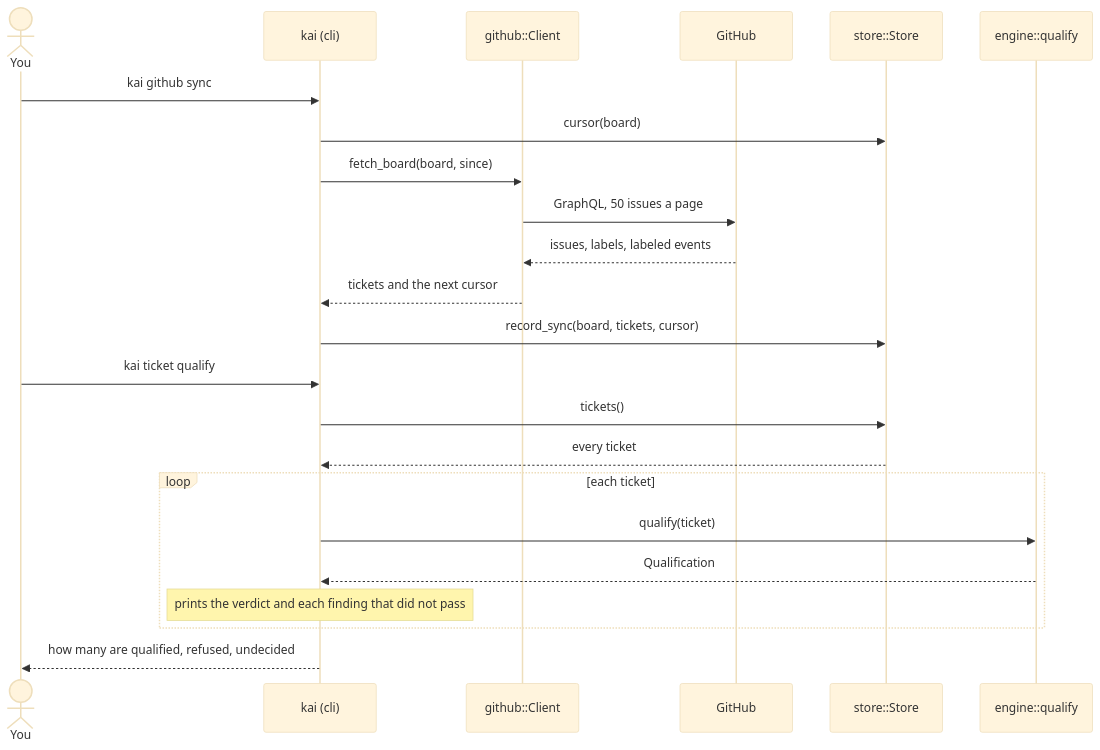
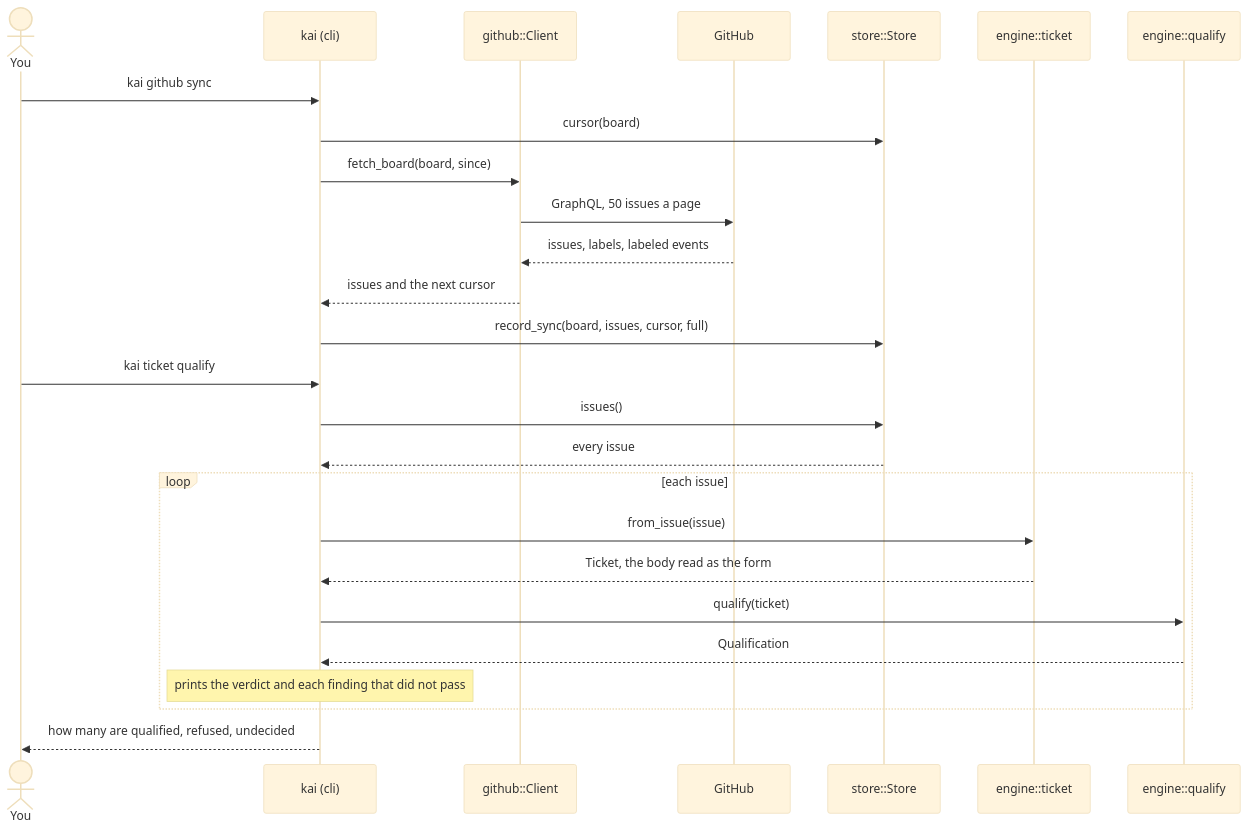
The fourth of 4 diagrams in docs/qualify.md (KombuseLabs/kai), drawn with Mermaid (base theme) before and after one commit. The commit also changed other lines of this file and 24 other files, not shown here.

````diff
--- a/docs/qualify.md
+++ b/docs/qualify.md
@@ -153,29 +185,32 @@
 ```mermaid
 %% checked against crates/store, crates/github, crates/engine
-%% drawn from cli::cmd::github::sync#fe3ff9f8, cli::cmd::ticket::print_qualify#bfc62412
+%% drawn from cli::cmd::github::sync#96be4668, cli::cmd::ticket::print_qualify#bfc62412
 sequenceDiagram
     actor You
     participant cli as kai (cli)
     participant gh as github::Client
     participant GitHub
     participant store as store::Store
+    participant ticket as engine::ticket
     participant engine as engine::qualify
 
     You->>cli: kai github sync
     cli->>store: cursor(board)
     cli->>gh: fetch_board(board, since)
     gh->>GitHub: GraphQL, 50 issues a page
     GitHub-->>gh: issues, labels, labeled events
-    gh-->>cli: tickets and the next cursor
-    cli->>store: record_sync(board, tickets, cursor)
+    gh-->>cli: issues and the next cursor
+    cli->>store: record_sync(board, issues, cursor, full)
 
     You->>cli: kai ticket qualify
-    cli->>store: tickets()
-    store-->>cli: every ticket
-    loop each ticket
+    cli->>store: issues()
+    store-->>cli: every issue
+    loop each issue
+        cli->>ticket: from_issue(issue)
+        ticket-->>cli: Ticket, the body read as the form
         cli->>engine: qualify(ticket)
         engine-->>cli: Qualification
         Note over cli: prints the verdict and each finding that did not pass
     end
     cli-->>You: how many are qualified, refused, undecided
 ```
````
